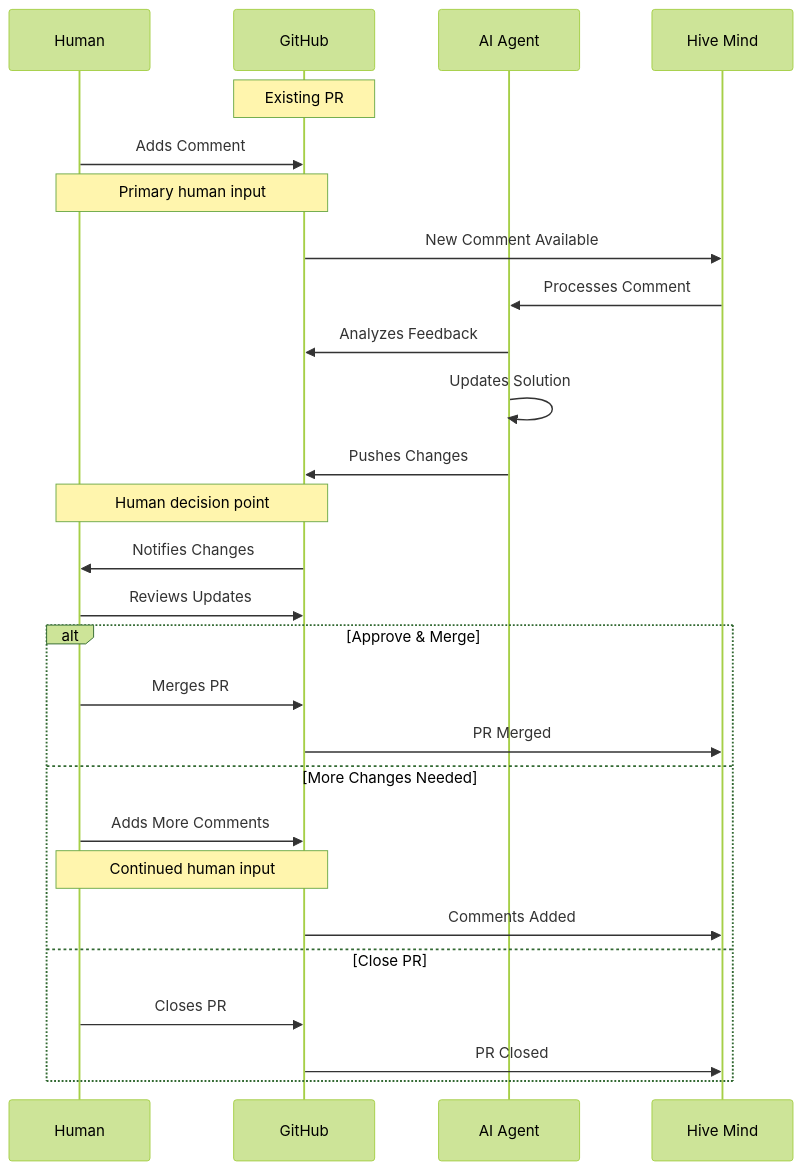
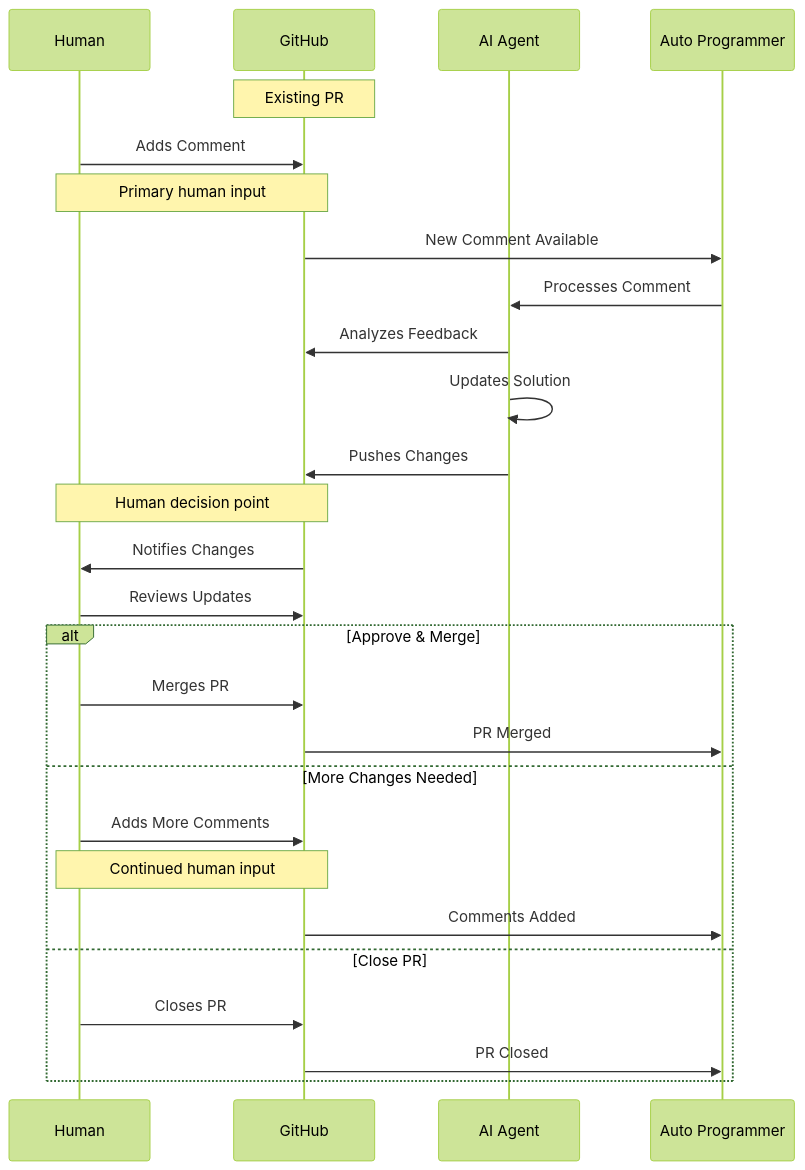
Before and after one commit to PeterMotorniy/auto-programmer: the fourth of 6 diagrams in docs/flow.md, drawn with Mermaid (forest theme). The commit also changed other lines of this file and 3556 other files, not shown here.

````diff
--- a/docs/flow.md
+++ b/docs/flow.md
@@ -204,33 +204,33 @@
 ```mermaid
 sequenceDiagram
     participant H as Human
     participant GH as GitHub
     participant AI as AI Agent
-    participant HM as Hive Mind
+    participant HM as Auto Programmer
 
     Note over GH: Existing PR
     H->>GH: Adds Comment
     Note over H,GH: Primary human input
 
     GH->>HM: New Comment Available
     HM->>AI: Processes Comment
     AI->>GH: Analyzes Feedback
     AI->>AI: Updates Solution
     AI->>GH: Pushes Changes
 
     Note over H,GH: Human decision point
     GH->>H: Notifies Changes
     H->>GH: Reviews Updates
 
     alt Approve & Merge
         H->>GH: Merges PR
         GH->>HM: PR Merged
     else More Changes Needed
         H->>GH: Adds More Comments
         Note over H,GH: Continued human input
         GH->>HM: Comments Added
     else Close PR
         H->>GH: Closes PR
         GH->>HM: PR Closed
     end
 ```
````
